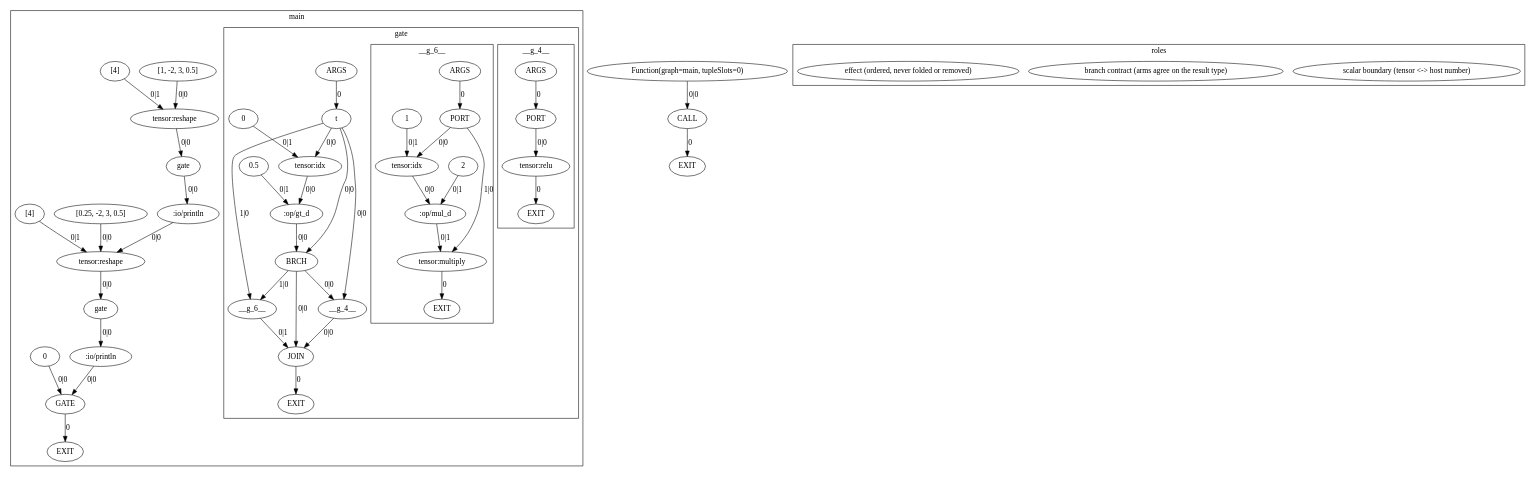
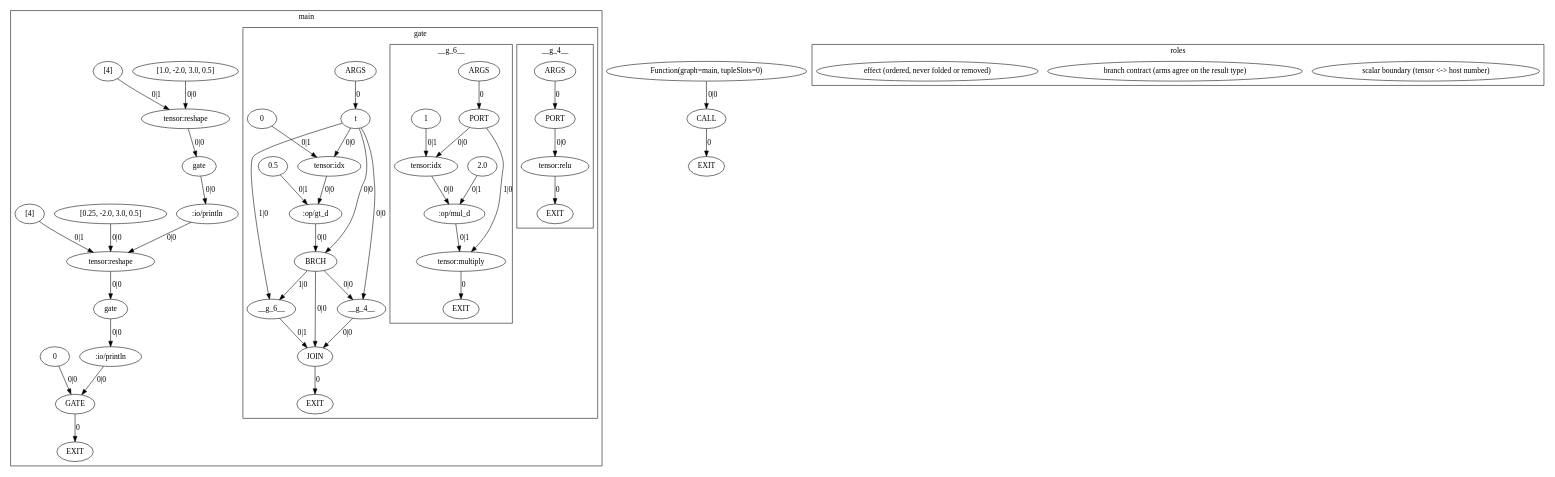
Before and after one commit to OpenCML/Camel: the diagram in exemplars/01_scalar_boundary/expected/dump.argir.dot, drawn with Graphviz. The commit also changed 35 other files, not shown here.

```diff
--- a/exemplars/01_scalar_boundary/expected/dump.argir.dot
+++ b/exemplars/01_scalar_boundary/expected/dump.argir.dot
@@ -1,99 +1,99 @@
 digraph GraphIR {
     subgraph cluster_F01 {
         label="main";
         subgraph cluster_F02 {
             label="gate";
             subgraph cluster_F03 {
                 label="__g_4__";
                 F03 [label="ARGS", type="ARGS"];
                 O03 [label="EXIT", type="EXIT"];
                 N00 [label="PORT", type="PORT"];
                 N01 [label="tensor:relu", type="OPER", origin=209, span="11:30-11:34", srcfile="exemplars/01_scalar_boundary/program.cml"];
                 F03 -> N00 [label="0", type="WITH_PORT"];
                 N01 -> O03 [label="0", type="EXIT"];
                 N00 -> N01 [label="0|0", type="NORM"];
             }
             subgraph cluster_F04 {
                 label="__g_6__";
                 F04 [label="ARGS", type="ARGS"];
                 O04 [label="EXIT", type="EXIT"];
                 N02 [label="PORT", type="PORT"];
                 N03 [label="1", type="DATA", origin=214, span="11:50-11:51", srcfile="exemplars/01_scalar_boundary/program.cml"];
                 N04 [label="tensor:idx", type="OPER", role="scalar-boundary", origin=215, span="11:49-11:50", srcfile="exemplars/01_scalar_boundary/program.cml"];
-                N05 [label="2", type="DATA", origin=216, span="11:55-11:58", srcfile="exemplars/01_scalar_boundary/program.cml"];
+                N05 [label="2.0", type="DATA", origin=216, span="11:55-11:58", srcfile="exemplars/01_scalar_boundary/program.cml"];
                 N06 [label=":op/mul_d", type="OPER", origin=217, span="11:53-11:54", srcfile="exemplars/01_scalar_boundary/program.cml"];
                 N07 [label="tensor:multiply", type="OPER", role="scalar-boundary", origin=218, span="11:45-11:46", srcfile="exemplars/01_scalar_boundary/program.cml"];
                 F04 -> N02 [label="0", type="WITH_PORT"];
                 N07 -> O04 [label="0", type="EXIT"];
                 N02 -> N04 [label="0|0", type="NORM"];
                 N03 -> N04 [label="0|1", type="NORM"];
                 N04 -> N06 [label="0|0", type="NORM"];
                 N05 -> N06 [label="0|1", type="NORM"];
                 N02 -> N07 [label="1|0", type="NORM"];
                 N06 -> N07 [label="0|1", type="NORM"];
             }
             F02 [label="ARGS", type="ARGS"];
             O02 [label="EXIT", type="EXIT"];
             N08 [label="t", type="PORT"];
             N09 [label="0", type="DATA", origin=201, span="11:16-11:17", srcfile="exemplars/01_scalar_boundary/program.cml"];
             N0A [label="tensor:idx", type="OPER", role="scalar-boundary", origin=202, span="11:15-11:16", srcfile="exemplars/01_scalar_boundary/program.cml"];
             N0B [label="0.5", type="DATA", origin=203, span="11:21-11:24", srcfile="exemplars/01_scalar_boundary/program.cml"];
             N0C [label=":op/gt_d", type="OPER", origin=204, span="11:19-11:20", srcfile="exemplars/01_scalar_boundary/program.cml"];
             N0D [label="JOIN", type="JOIN", role="branch-contract", origin=206, span="11:11-11:59", srcfile="exemplars/01_scalar_boundary/program.cml"];
             N0E [label="BRCH", type="BRCH", origin=205, span="11:11-11:59", srcfile="exemplars/01_scalar_boundary/program.cml"];
             N0F [label="__g_4__", type="FUNC", origin=207, span="11:30-11:37", srcfile="exemplars/01_scalar_boundary/program.cml"];
             N10 [label="__g_6__", type="FUNC", origin=210, span="11:43-11:59", srcfile="exemplars/01_scalar_boundary/program.cml"];
             F02 -> N08 [label="0", type="NORM_PORT"];
             N0D -> O02 [label="0", type="EXIT"];
             N08 -> N0A [label="0|0", type="NORM"];
             N09 -> N0A [label="0|1", type="NORM"];
             N0A -> N0C [label="0|0", type="NORM"];
             N0B -> N0C [label="0|1", type="NORM"];
             N0F -> N0D [label="0|0", type="WITH"];
             N10 -> N0D [label="0|1", type="WITH"];
             N0E -> N0D [label="0|0", type="NORM"];
             N0C -> N0E [label="0|0", type="NORM"];
             N08 -> N0E [label="0|0", type="CTRL"];
             N08 -> N0F [label="0|0", type="WITH"];
             N0E -> N0F [label="0|0", type="CTRL"];
             N08 -> N10 [label="1|0", type="WITH"];
             N0E -> N10 [label="1|0", type="CTRL"];
         }
         O01 [label="EXIT", type="EXIT"];
-        N11 [label="[1, -2, 3, 0.5]", type="DATA", origin=223, span="15:25-15:46", srcfile="exemplars/01_scalar_boundary/program.cml"];
+        N11 [label="[1.0, -2.0, 3.0, 0.5]", type="DATA", origin=223, span="15:25-15:46", srcfile="exemplars/01_scalar_boundary/program.cml"];
         N12 [label="[4]", type="DATA", origin=224, span="15:48-15:51", srcfile="exemplars/01_scalar_boundary/program.cml"];
         N13 [label="tensor:reshape", type="OPER", origin=225, span="15:17-15:24", srcfile="exemplars/01_scalar_boundary/program.cml"];
         N14 [label="gate", type="FUNC", origin=226, span="15:16-15:53", srcfile="exemplars/01_scalar_boundary/program.cml"];
         N15 [label=":io/println", type="OPER", role="effect", origin=227, span="15:4-15:11", srcfile="exemplars/01_scalar_boundary/program.cml"];
-        N16 [label="[0.25, -2, 3, 0.5]", type="DATA", origin=231, span="16:25-16:47", srcfile="exemplars/01_scalar_boundary/program.cml"];
+        N16 [label="[0.25, -2.0, 3.0, 0.5]", type="DATA", origin=231, span="16:25-16:47", srcfile="exemplars/01_scalar_boundary/program.cml"];
         N17 [label="[4]", type="DATA", origin=232, span="16:49-16:52", srcfile="exemplars/01_scalar_boundary/program.cml"];
         N18 [label="tensor:reshape", type="OPER", origin=233, span="16:17-16:24", srcfile="exemplars/01_scalar_boundary/program.cml"];
         N19 [label="gate", type="FUNC", origin=234, span="16:16-16:54", srcfile="exemplars/01_scalar_boundary/program.cml"];
         N1A [label=":io/println", type="OPER", role="effect", origin=235, span="16:4-16:11", srcfile="exemplars/01_scalar_boundary/program.cml"];
         N1B [label="0", type="DATA", origin=236, span="17:11-17:12", srcfile="exemplars/01_scalar_boundary/program.cml"];
         N1C [label="GATE", type="GATE"];
         N1C -> O01 [label="0", type="EXIT"];
         N11 -> N13 [label="0|0", type="NORM"];
         N12 -> N13 [label="0|1", type="NORM"];
         N13 -> N14 [label="0|0", type="NORM"];
         N14 -> N15 [label="0|0", type="NORM"];
         N16 -> N18 [label="0|0", type="NORM"];
         N17 -> N18 [label="0|1", type="NORM"];
         N15 -> N18 [label="0|0", type="CTRL"];
         N18 -> N19 [label="0|0", type="NORM"];
         N19 -> N1A [label="0|0", type="NORM"];
         N1B -> N1C [label="0|0", type="NORM"];
         N1A -> N1C [label="0|0", type="CTRL"];
     }
     O00 [label="EXIT", type="EXIT"];
     N1D [label="Function(graph=main, tupleSlots=0)", type="DATA", origin=219, span="14:0-18:1", srcfile="exemplars/01_scalar_boundary/program.cml"];
     N1E [label="CALL", type="CALL"];
     N1E -> O00 [label="0", type="EXIT"];
     N1D -> N1E [label="0|0", type="WITH"];
     subgraph cluster_legend {
         label="roles";
         "legend_scalar-boundary" [label="scalar boundary (tensor <-> host number)", type="LEGEND", role="scalar-boundary"];
         "legend_branch-contract" [label="branch contract (arms agree on the result type)", type="LEGEND", role="branch-contract"];
         "legend_effect" [label="effect (ordered, never folded or removed)", type="LEGEND", role="effect"];
     }
 }
```
